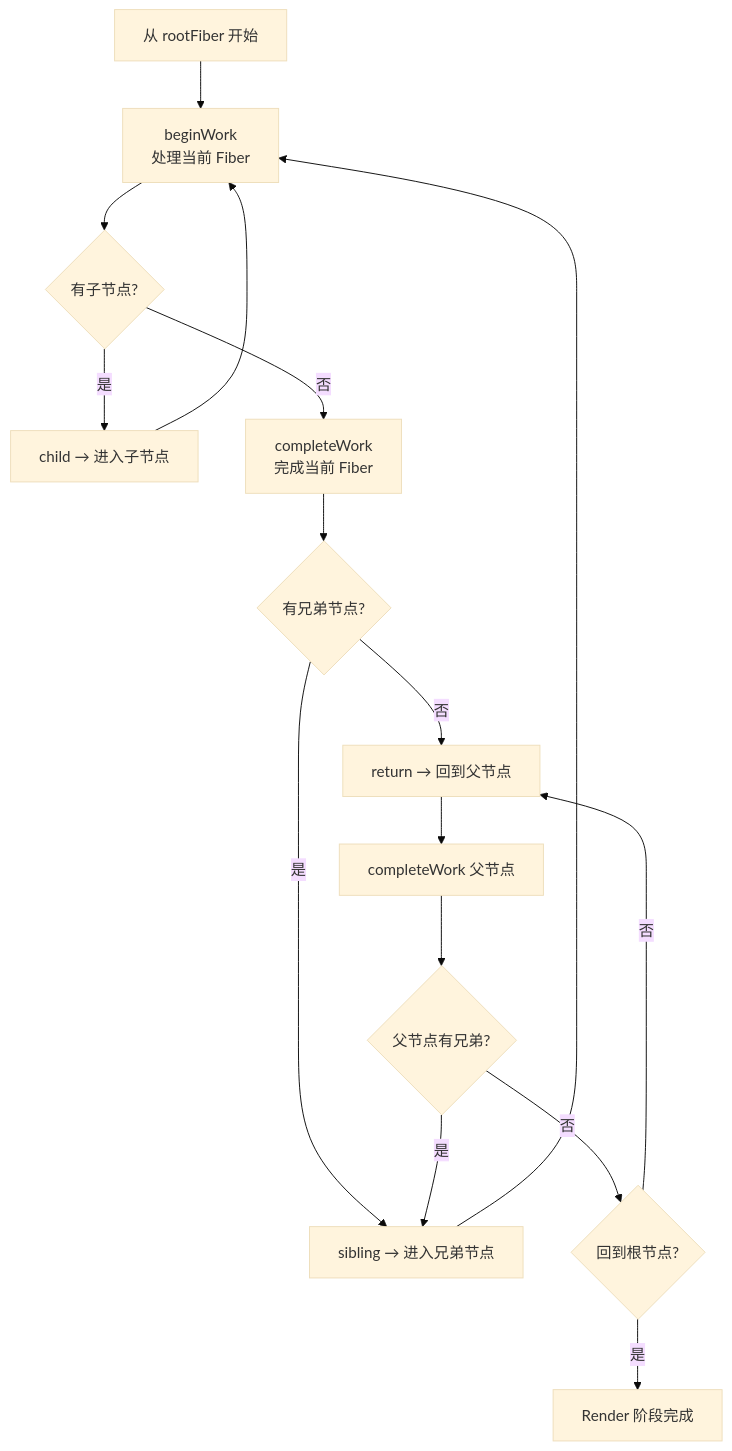
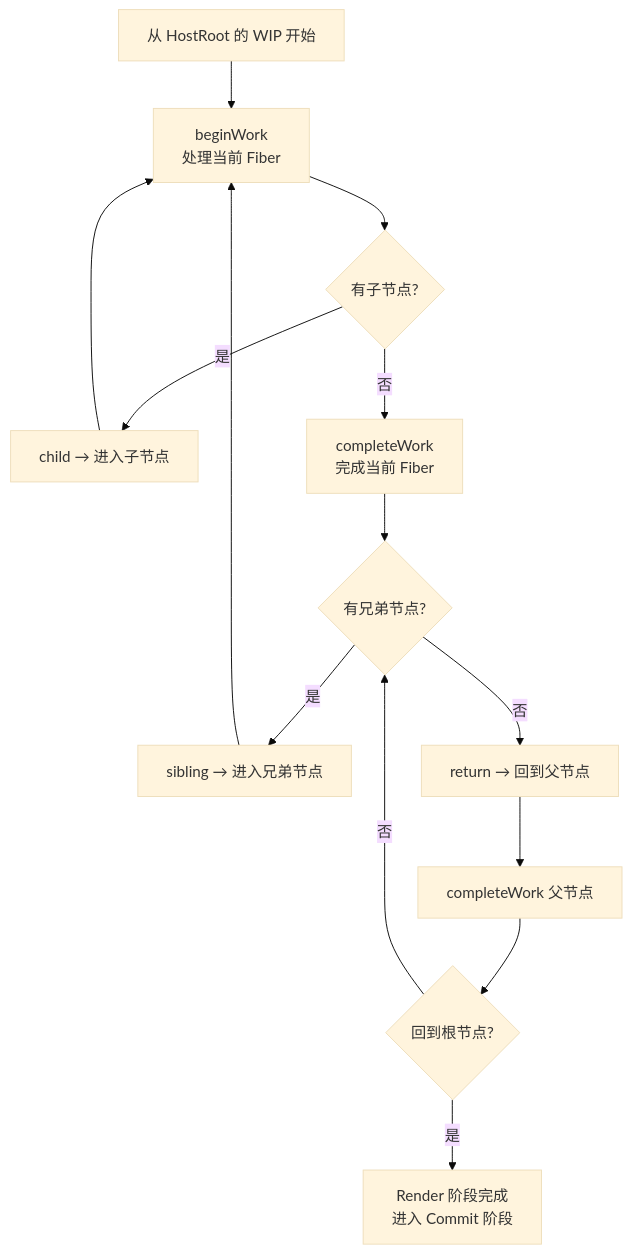
One commit to sentibeitaokong/CoreFront-EndConcepts changed the fifth of 5 diagrams in apps/docs/frameworks/react/advanced/core-design/fiberArchitecture.md. Above: the diagram before and after it, drawn with Mermaid (base theme). The commit also changed other lines of this file and 1 other file, not shown here.

````diff
--- a/apps/docs/frameworks/react/advanced/core-design/fiberArchitecture.md
+++ b/apps/docs/frameworks/react/advanced/core-design/fiberArchitecture.md
@@ -241,18 +230,17 @@
 ```mermaid
 flowchart TD
-    Start[从 rootFiber 开始] --> Begin[beginWork<br/>处理当前 Fiber]
+    Start[从 HostRoot 的 WIP 开始] --> Begin[beginWork<br/>处理当前 Fiber]
     Begin --> HasChild{有子节点?}
     HasChild -->|是| GoChild[child → 进入子节点]
     GoChild --> Begin
     HasChild -->|否| Complete[completeWork<br/>完成当前 Fiber]
     Complete --> HasSibling{有兄弟节点?}
     HasSibling -->|是| GoSibling[sibling → 进入兄弟节点]
     GoSibling --> Begin
     HasSibling -->|否| GoReturn[return → 回到父节点]
     GoReturn --> CompleteParent[completeWork 父节点]
-    CompleteParent --> HasParentSibling{父节点有兄弟?}
-    HasParentSibling -->|是| GoSibling
-    HasParentSibling -->|否| GoRoot{回到根节点?}
-    GoRoot -->|否| GoReturn
-    GoRoot -->|是| Done[Render 阶段完成]
+    CompleteParent --> AtRoot{回到根节点?}
+    AtRoot -->|否| HasSibling
+    AtRoot -->|是| Done[Render 阶段完成<br/>进入 Commit 阶段]
+
 ```
````
